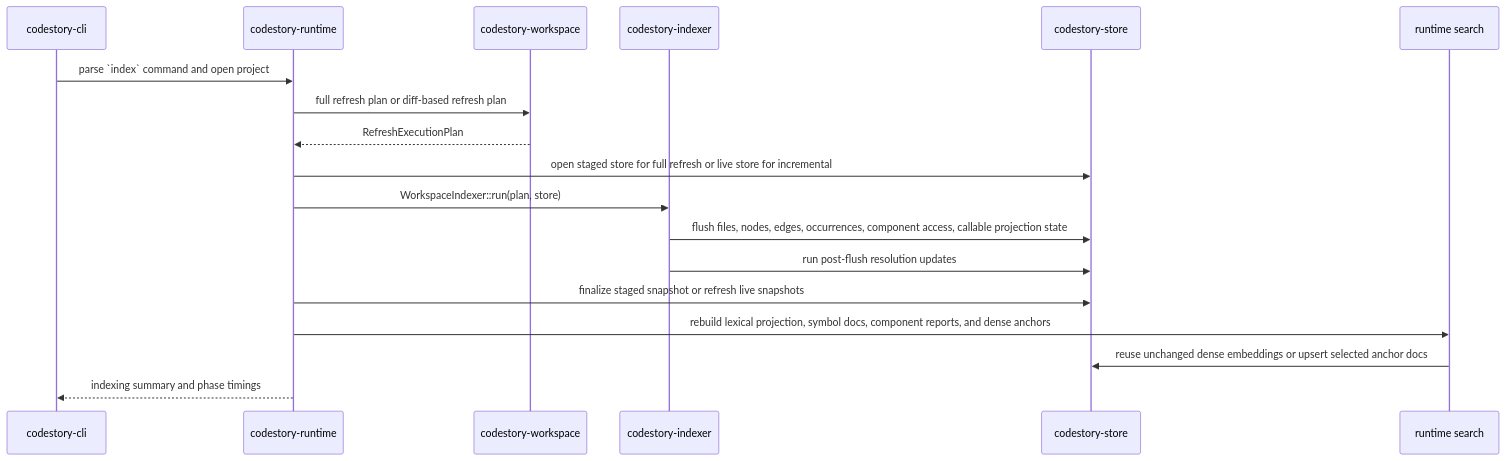
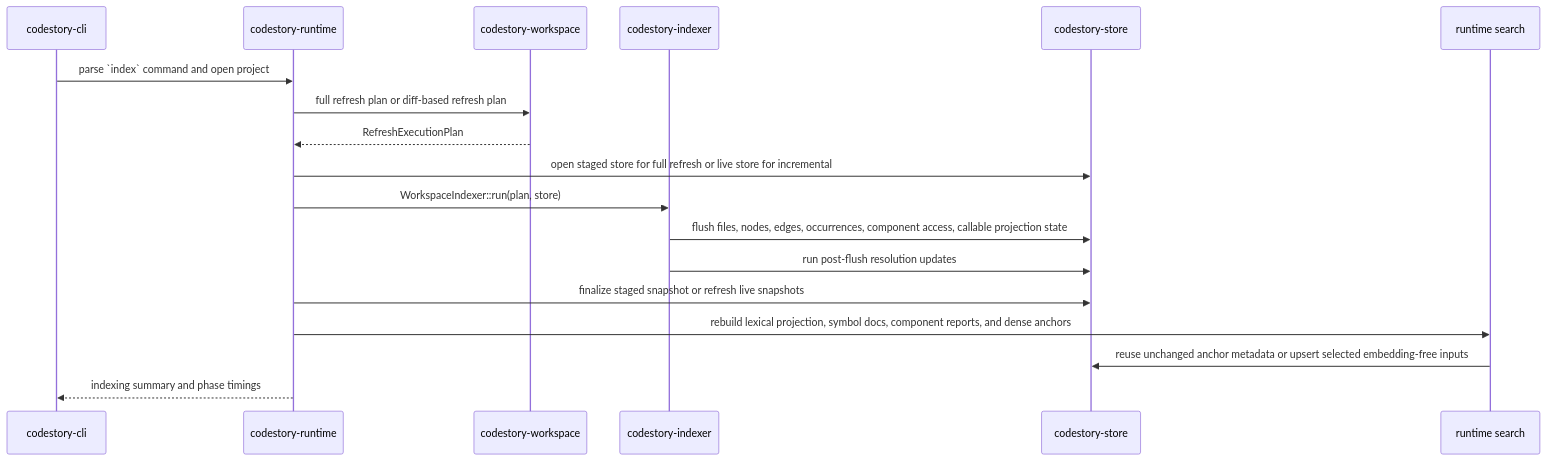
The first of 3 diagrams in docs/architecture/indexing-pipeline.md (TheGreenCedar/CodeStory), drawn with Mermaid before and after one commit. The commit also changed other lines of this file and 80 other files, not shown here.

````diff
--- a/docs/architecture/indexing-pipeline.md
+++ b/docs/architecture/indexing-pipeline.md
@@ -18,21 +18,21 @@
 ```mermaid
 sequenceDiagram
     participant CLI as codestory-cli
     participant Runtime as codestory-runtime
     participant Workspace as codestory-workspace
     participant Indexer as codestory-indexer
     participant Store as codestory-store
     participant Search as runtime search
 
     CLI->>Runtime: parse `index` command and open project
     Runtime->>Workspace: full refresh plan or diff-based refresh plan
     Workspace-->>Runtime: RefreshExecutionPlan
     Runtime->>Store: open staged store for full refresh or live store for incremental
     Runtime->>Indexer: WorkspaceIndexer::run(plan, store)
     Indexer->>Store: flush files, nodes, edges, occurrences, component access, callable projection state
     Indexer->>Store: run post-flush resolution updates
     Runtime->>Store: finalize staged snapshot or refresh live snapshots
     Runtime->>Search: rebuild lexical projection, symbol docs, component reports, and dense anchors
-    Search->>Store: reuse unchanged dense embeddings or upsert selected anchor docs
+    Search->>Store: reuse unchanged anchor metadata or upsert selected embedding-free inputs
     Runtime-->>CLI: indexing summary and phase timings
 ```
````
